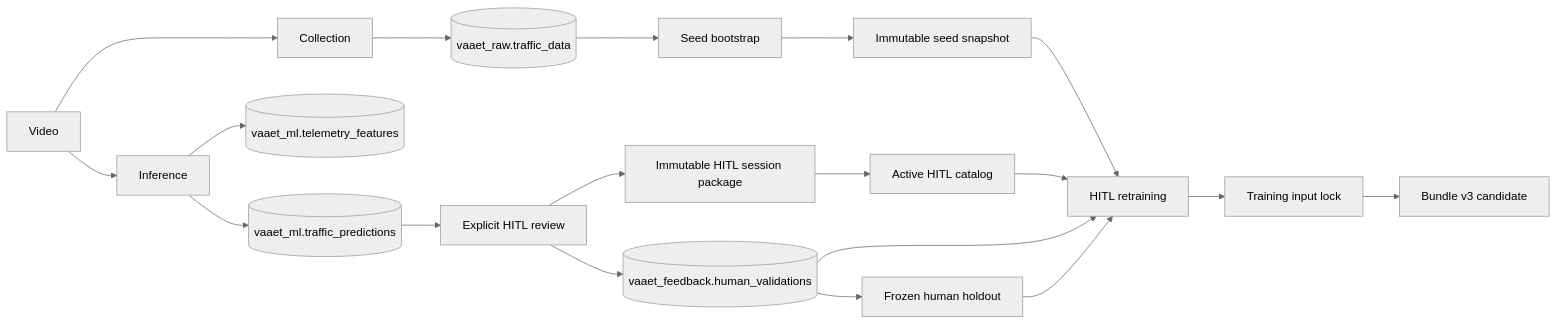
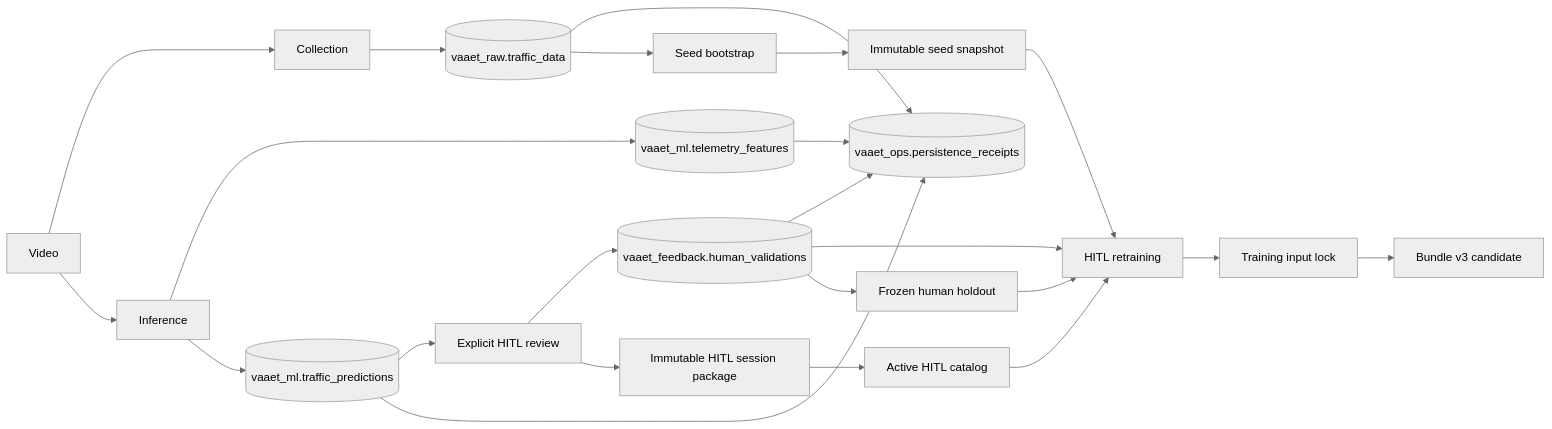
The diagram in docs/architecture/data-lineage.md (zgfnicolas/vaaet), drawn with Mermaid (neutral theme) before and after one commit. The commit also changed other lines of this file and 65 other files, not shown here.

````diff
--- a/docs/architecture/data-lineage.md
+++ b/docs/architecture/data-lineage.md
@@ -5,21 +5,25 @@
 ```mermaid
 flowchart LR
     V["Video"] --> C["Collection"]
     C --> R[("vaaet_raw.traffic_data")]
     V --> I["Inference"]
     I --> F[("vaaet_ml.telemetry_features")]
     I --> P[("vaaet_ml.traffic_predictions")]
     P --> Q["Explicit HITL review"]
     Q --> H[("vaaet_feedback.human_validations")]
+    R --> PR[("vaaet_ops.persistence_receipts")]
+    F --> PR
+    P --> PR
+    H --> PR
     Q --> HP["Immutable HITL session package"]
     HP --> HC["Active HITL catalog"]
     R --> S["Seed bootstrap"]
     S --> SP["Immutable seed snapshot"]
     SP --> T["HITL retraining"]
     HC --> T
     H --> T
     H --> HO["Frozen human holdout"]
     HO --> T
     T --> L["Training input lock"]
     L --> B["Bundle v3 candidate"]
 ```
````
